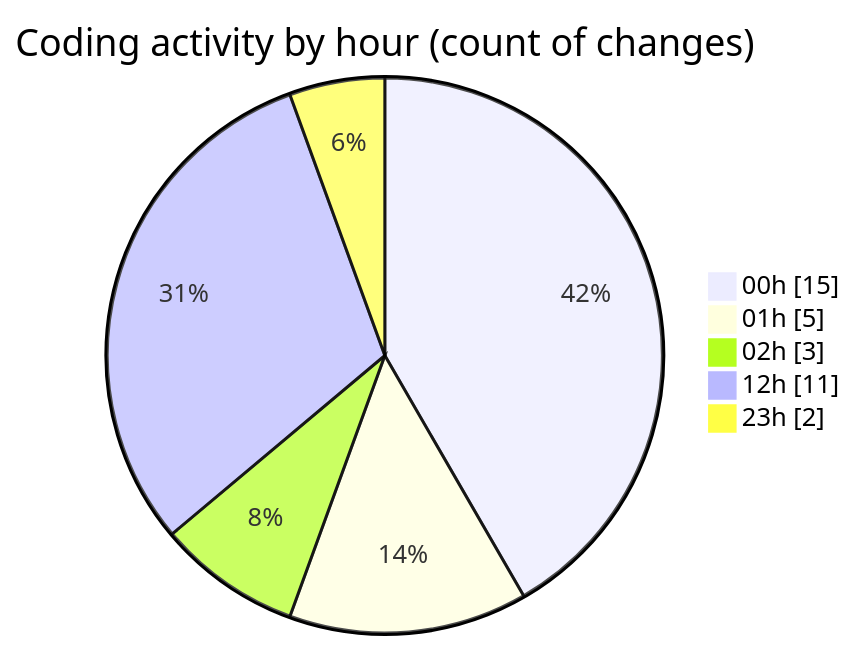
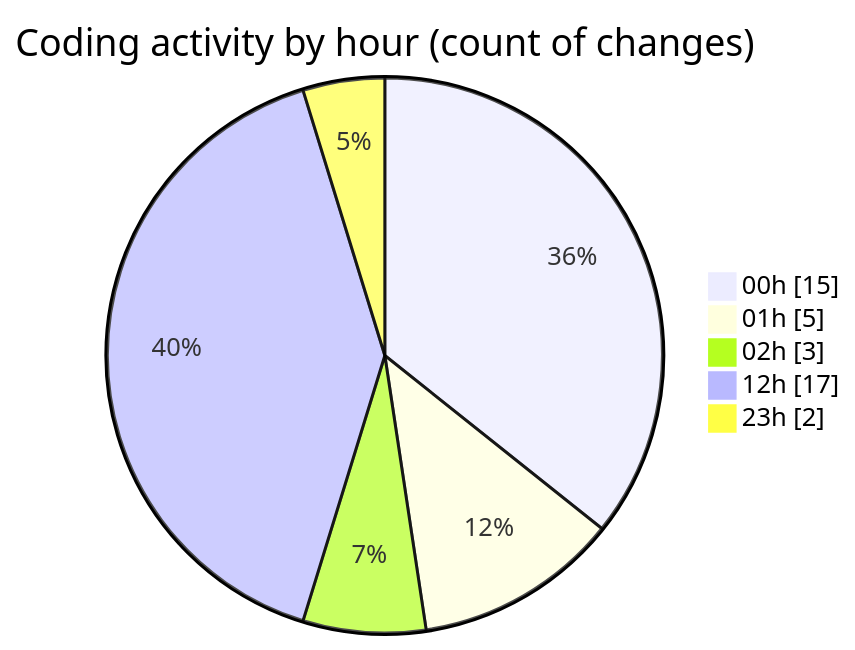
One commit to lephambinh05/code-tracking changed the second of 2 diagrams in 2025-08-13/rentotp/README.md. Above: the diagram before and after it, drawn with Mermaid. The commit also changed other lines of this file and 1 other file, not shown here.

````diff
--- a/2025-08-13/rentotp/README.md
+++ b/2025-08-13/rentotp/README.md
@@ -39,9 +39,9 @@
 ```mermaid
 pie showData
 title Coding activity by hour (count of changes)
 "00h" : 15
 "01h" : 5
 "02h" : 3
-"12h" : 11
+"12h" : 17
 "23h" : 2
 ```
````
